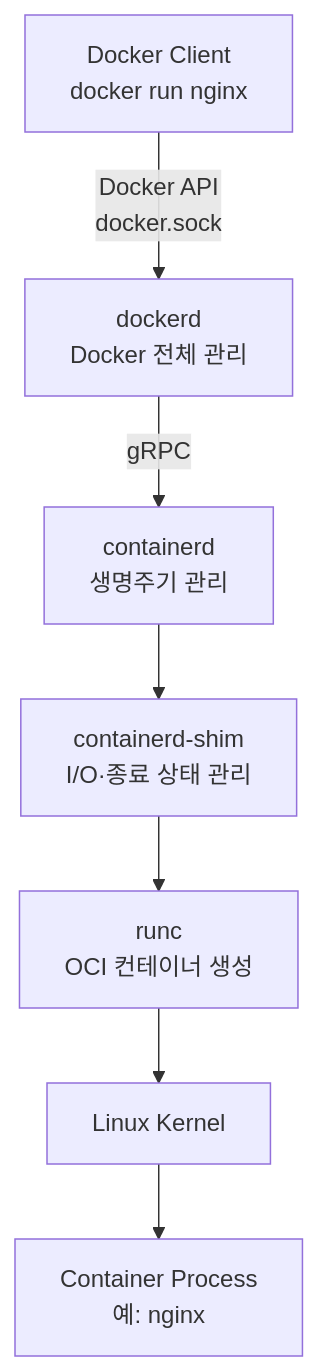
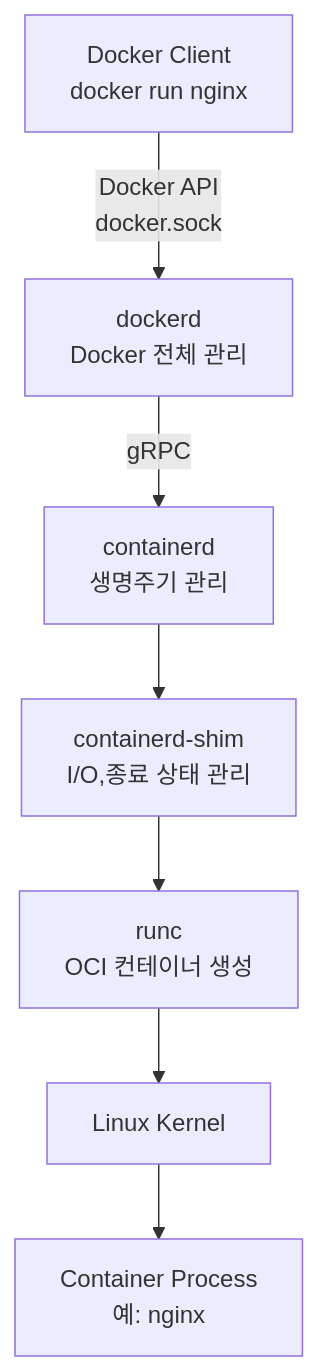
One commit to minnong511/minnong511.github.io changed the first of 4 diagrams in _posts/CI-CD-Docker/Docker/2026-08-17-docker-08-runtime-and-isolation.md. Above: the diagram before and after it, drawn with Mermaid. The commit also changed other lines of this file and 8 other files, not shown here.

````diff
--- a/_posts/CI-CD-Docker/Docker/2026-08-17-docker-08-runtime-and-isolation.md
+++ b/_posts/CI-CD-Docker/Docker/2026-08-17-docker-08-runtime-and-isolation.md
@@ -30,9 +30,9 @@
 ```mermaid
 flowchart TD
     CLI["Docker Client<br/>docker run nginx"] -->|"Docker API<br/>docker.sock"| D["dockerd<br/>Docker 전체 관리"]
     D -->|"gRPC"| CTD["containerd<br/>생명주기 관리"]
-    CTD --> SHIM["containerd-shim<br/>I/O·종료 상태 관리"]
+    CTD --> SHIM["containerd-shim<br/>I/O,종료 상태 관리"]
     SHIM --> RUNC["runc<br/>OCI 컨테이너 생성"]
     RUNC --> K["Linux Kernel"]
     K --> P["Container Process<br/>예: nginx"]
 ```
````
